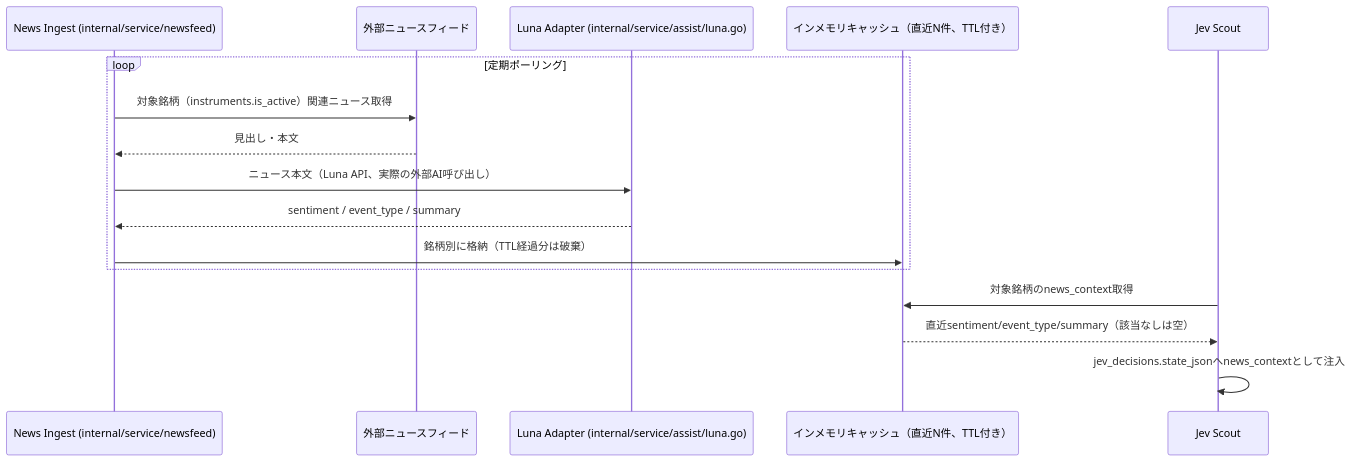
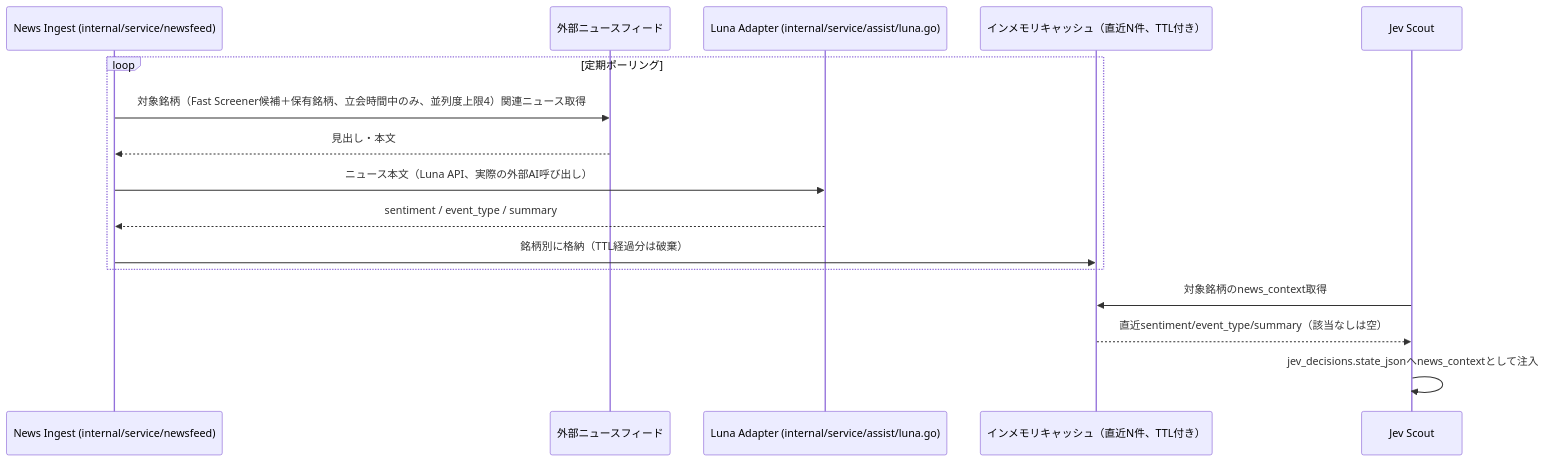
One commit to ousiassllc/pitha-trador changed the fourth of 4 diagrams in docs/architecture/overview/integrations.md. Above: the diagram before and after it, drawn with Mermaid. The commit also changed 10 other files, not shown here.

````diff
--- a/docs/architecture/overview/integrations.md
+++ b/docs/architecture/overview/integrations.md
@@ -160,19 +160,19 @@
 ```mermaid
 sequenceDiagram
     participant NF as News Ingest (internal/service/newsfeed)
     participant FEED as 外部ニュースフィード
     participant LUNA as Luna Adapter (internal/service/assist/luna.go)
     participant CACHE as インメモリキャッシュ（直近N件、TTL付き）
     participant SCOUT as Jev Scout
 
     loop 定期ポーリング
-        NF->>FEED: 対象銘柄（instruments.is_active）関連ニュース取得
+        NF->>FEED: 対象銘柄（Fast Screener候補＋保有銘柄、立会時間中のみ、並列度上限4）関連ニュース取得
         FEED-->>NF: 見出し・本文
         NF->>LUNA: ニュース本文（Luna API、実際の外部AI呼び出し）
         LUNA-->>NF: sentiment / event_type / summary
         NF->>CACHE: 銘柄別に格納（TTL経過分は破棄）
     end
     SCOUT->>CACHE: 対象銘柄のnews_context取得
     CACHE-->>SCOUT: 直近sentiment/event_type/summary（該当なしは空）
     SCOUT->>SCOUT: jev_decisions.state_jsonへnews_contextとして注入
 ```
````
